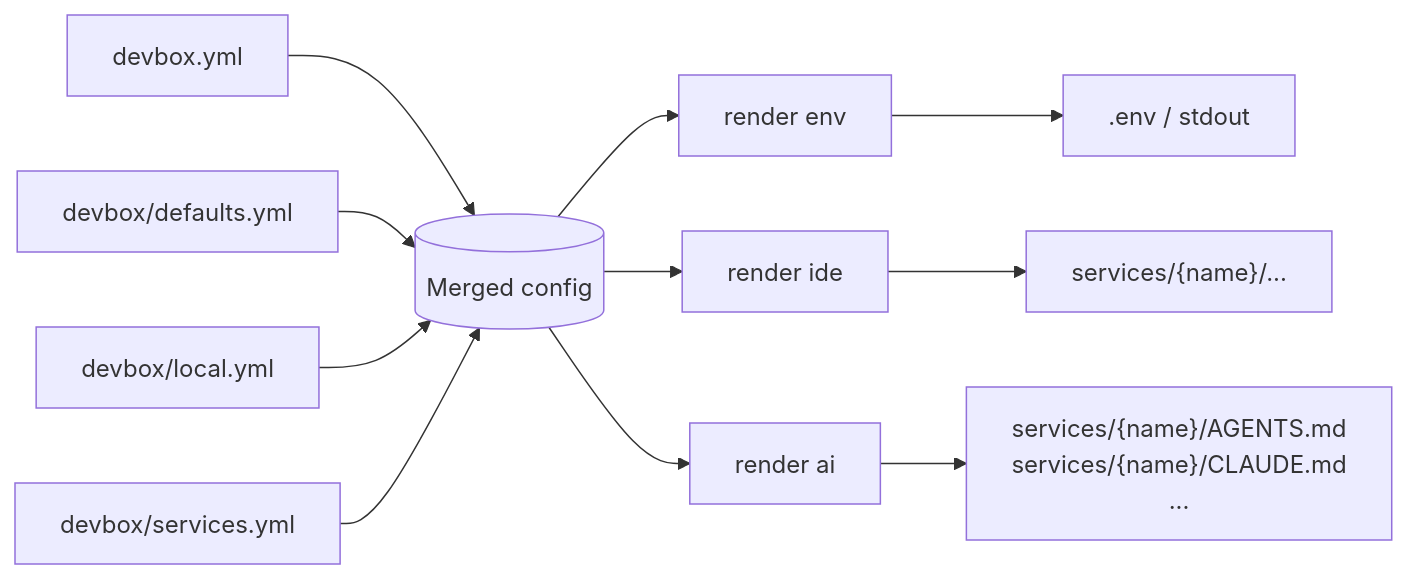
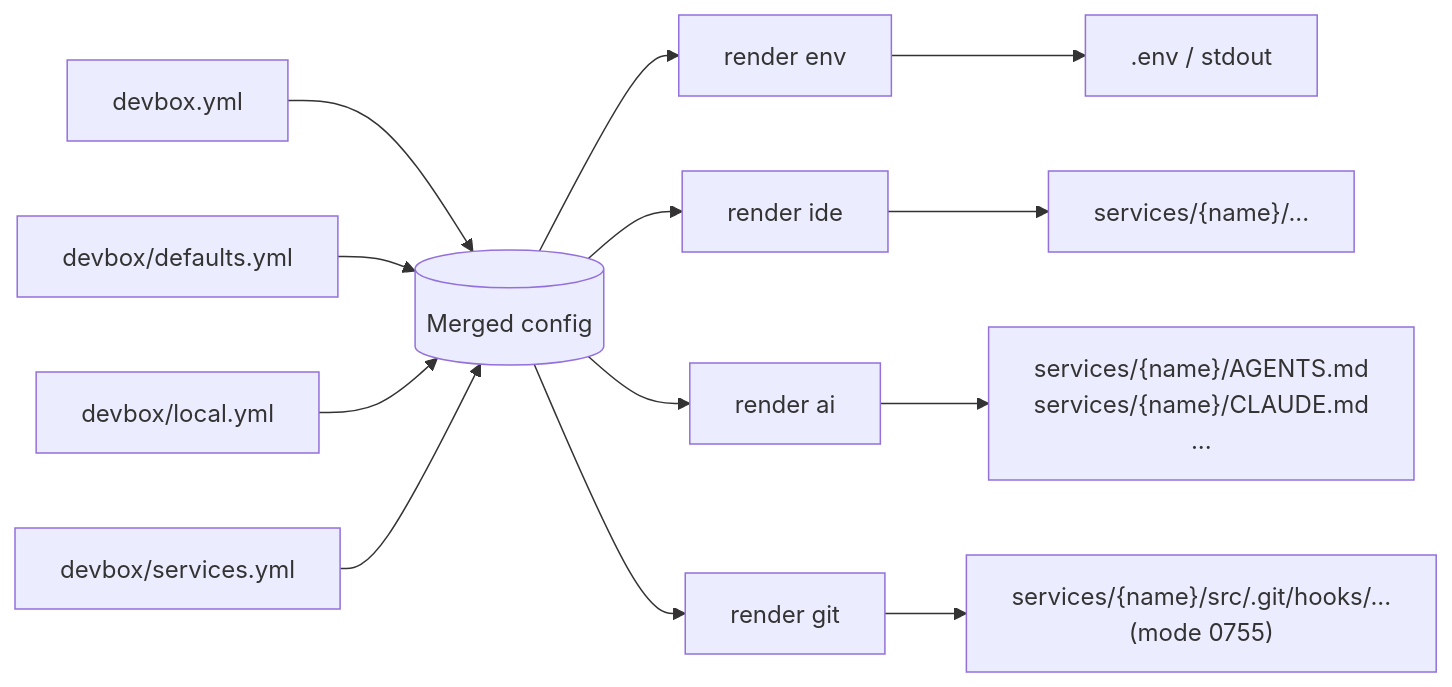
Before and after one commit to semsemyonoff/dwe: the diagram in docs/reference/render/index.md, drawn with Mermaid. The commit also changed other lines of this file and 82 other files, not shown here.

Commit message:
feat(docs): document render git, shared manifest schema, and local overrides

````diff
--- a/docs/reference/render/index.md
+++ b/docs/reference/render/index.md
@@ -25,16 +26,18 @@
 ```mermaid
 flowchart LR
   L1[devbox.yml] --> M
   L2[devbox/defaults.yml] --> M
   L3[devbox/local.yml] --> M
   S[devbox/services.yml] --> M
   M[("Merged config")]
 
   M --> E[render env]
   M --> I[render ide]
   M --> A[render ai]
+  M --> G[render git]
 
   E --> EOUT[".env / stdout"]
   I --> IOUT["services/{name}/..."]
   A --> AOUT["services/{name}/AGENTS.md<br/>services/{name}/CLAUDE.md<br/>..."]
+  G --> GOUT["services/{name}/src/.git/hooks/...<br/>(mode 0755)"]
 ```
````
